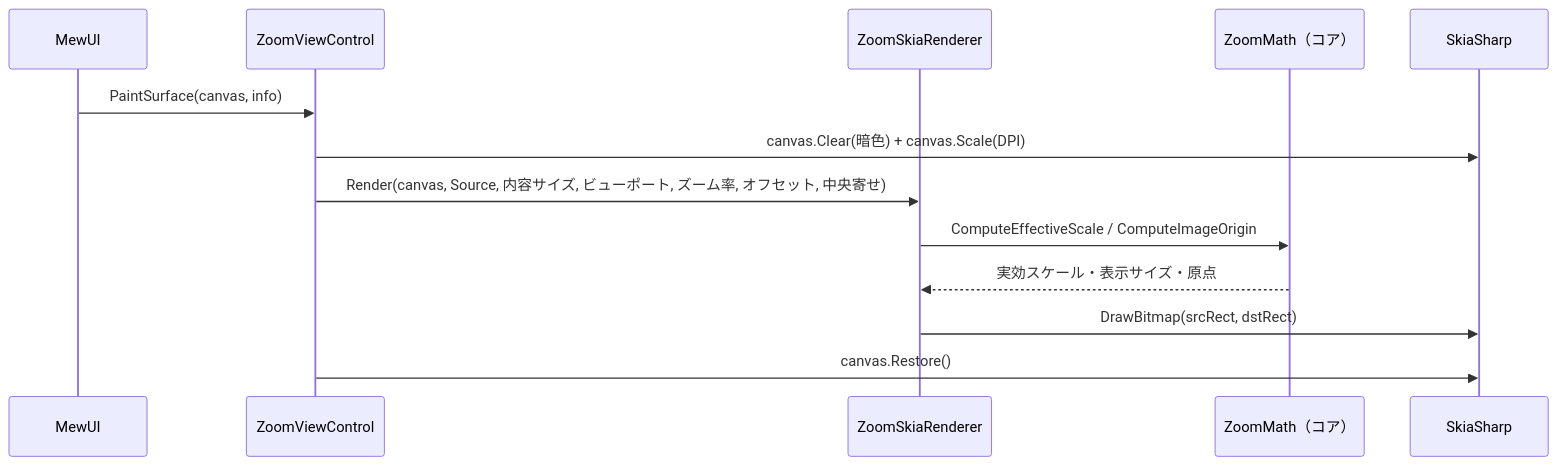
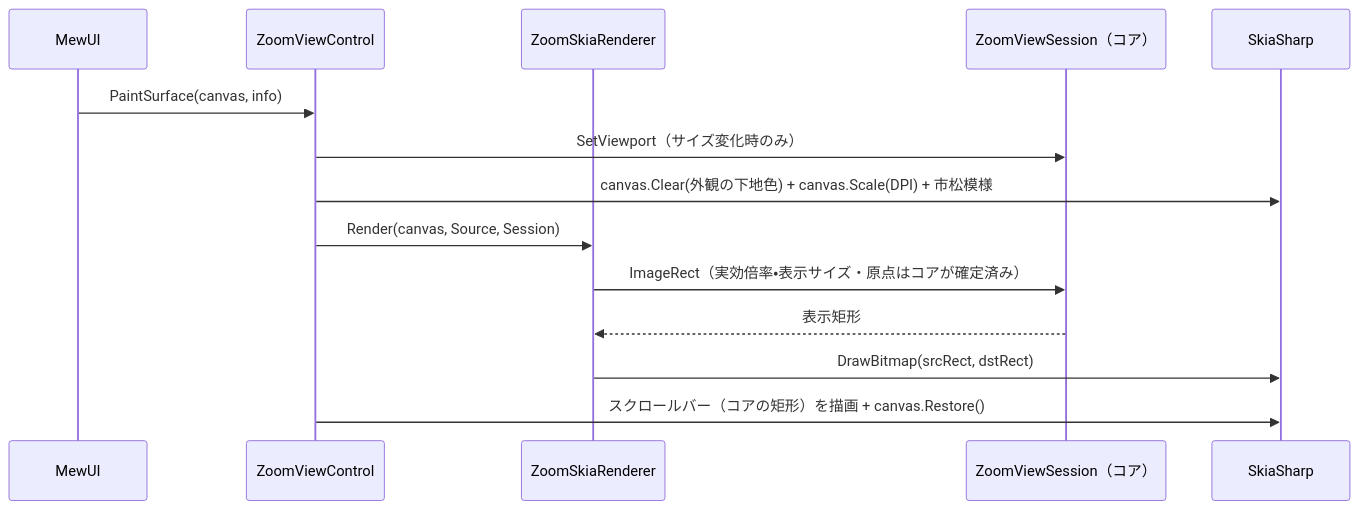
Before and after one commit to tomokuni/SaveEvidence: the fourth of 4 diagrams in src/ZoomViewControl.MewUI/SPEC_System.md, drawn with Mermaid. The commit also changed other lines of this file and 226 other files, not shown here.

````diff
--- a/src/ZoomViewControl.MewUI/SPEC_System.md
+++ b/src/ZoomViewControl.MewUI/SPEC_System.md
@@ -190,16 +190,17 @@
 ```mermaid
 sequenceDiagram
     participant MW as MewUI
     participant Z as ZoomViewControl
     participant R as ZoomSkiaRenderer
-    participant M as ZoomMath（コア）
+    participant S as ZoomViewSession（コア）
     participant SK as SkiaSharp
 
     MW->>Z: PaintSurface(canvas, info)
-    Z->>SK: canvas.Clear(暗色) + canvas.Scale(DPI)
-    Z->>R: Render(canvas, Source, 内容サイズ, ビューポート, ズーム率, オフセット, 中央寄せ)
-    R->>M: ComputeEffectiveScale / ComputeImageOrigin
-    M-->>R: 実効スケール・表示サイズ・原点
+    Z->>S: SetViewport（サイズ変化時のみ）
+    Z->>SK: canvas.Clear(外観の下地色) + canvas.Scale(DPI) + 市松模様
+    Z->>R: Render(canvas, Source, Session)
+    R->>S: ImageRect（実効倍率・表示サイズ・原点はコアが確定済み）
+    S-->>R: 表示矩形
     R->>SK: DrawBitmap(srcRect, dstRect)
-    Z->>SK: canvas.Restore()
+    Z->>SK: スクロールバー（コアの矩形）を描画 + canvas.Restore()
 ```
````
